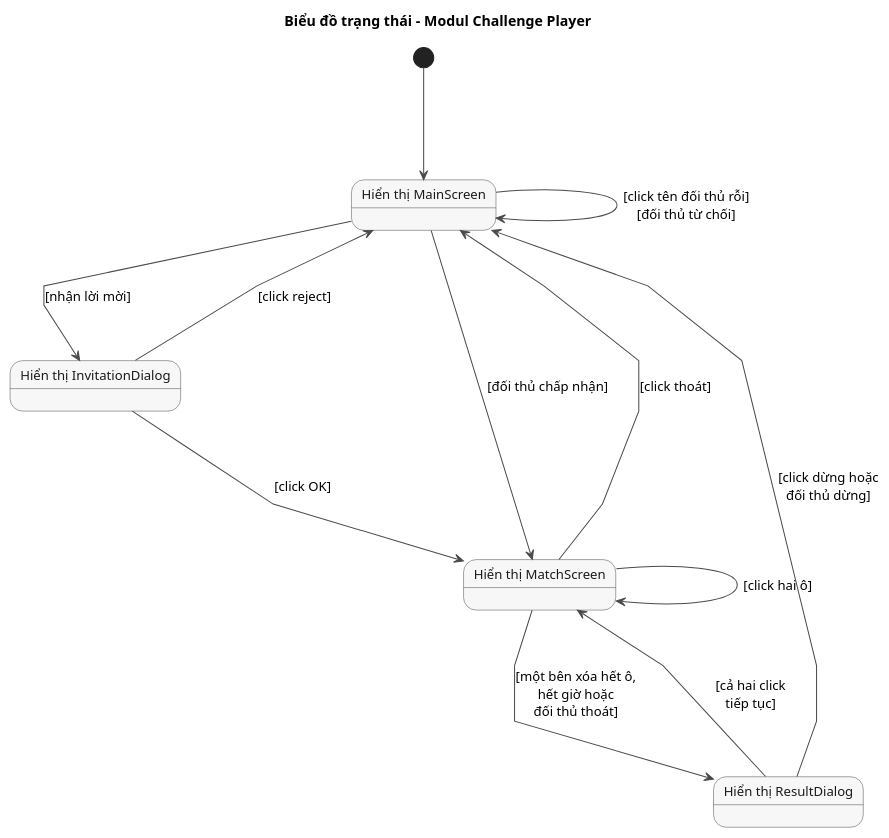
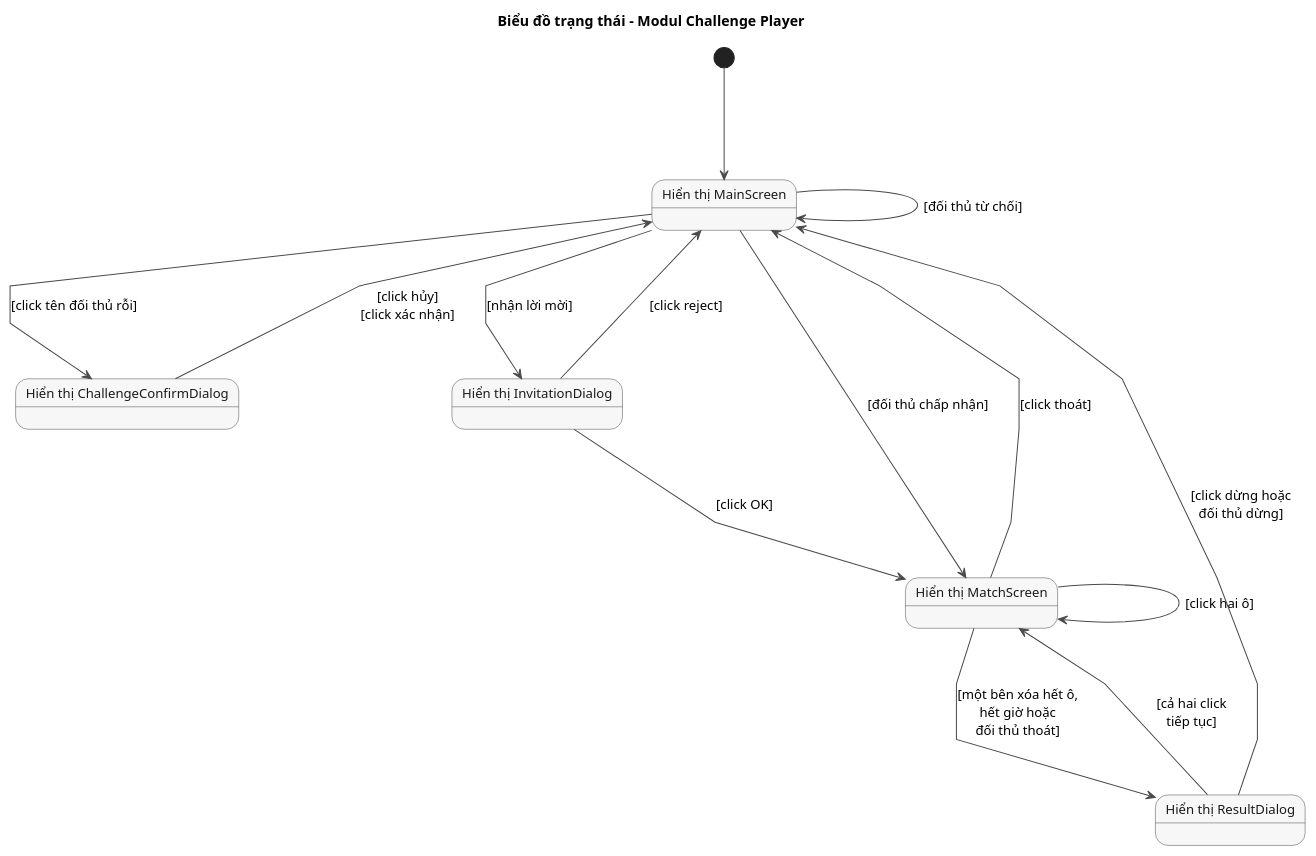
One commit to VattenL/mobile-pikachu changed the diagram in docs/uml/pha2/state-m3.puml. Above: the diagram before and after it, drawn with PlantUML. The commit also changed 25 other files, not shown here.

First line of the commit message:
docs: apply team review on use cases and challenge flow

```diff
--- a/docs/uml/pha2/state-m3.puml
+++ b/docs/uml/pha2/state-m3.puml
@@ -1,32 +1,35 @@
 @startuml state-m3
 title Biểu đồ trạng thái - Modul Challenge Player
 
 skinparam shadowing false
 skinparam linetype polyline
 skinparam defaultFontSize 13
 skinparam nodesep 120
 skinparam ranksep 110
 skinparam state {
   BackgroundColor #F7F7F7
   BorderColor #4A4A4A
   ArrowColor #4A4A4A
   FontColor #1A1A1A
 }
 
 state "Hiển thị MainScreen" as Main
+state "Hiển thị ChallengeConfirmDialog" as Confirm
 state "Hiển thị InvitationDialog" as Invitation
 state "Hiển thị MatchScreen" as Match
 state "Hiển thị ResultDialog" as Result
 
 [*] --> Main
-Main --> Main : [click tên đối thủ rỗi]\n[đối thủ từ chối]
+Main --> Confirm : [click tên đối thủ rỗi]
+Confirm --> Main : [click hủy]\n[click xác nhận]
+Main --> Main : [đối thủ từ chối]
 Main --> Invitation : [nhận lời mời]
 Invitation --> Main : [click reject]
 Invitation --> Match : [click OK]
 Main --> Match : [đối thủ chấp nhận]
 Match --> Match : [click hai ô]
 Match --> Main : [click thoát]
 Match --> Result : [một bên xóa hết ô,\nhết giờ hoặc\nđối thủ thoát]
 Result --> Match : [cả hai click\ntiếp tục]
 Result --> Main : [click dừng hoặc\nđối thủ dừng]
 @enduml
```
